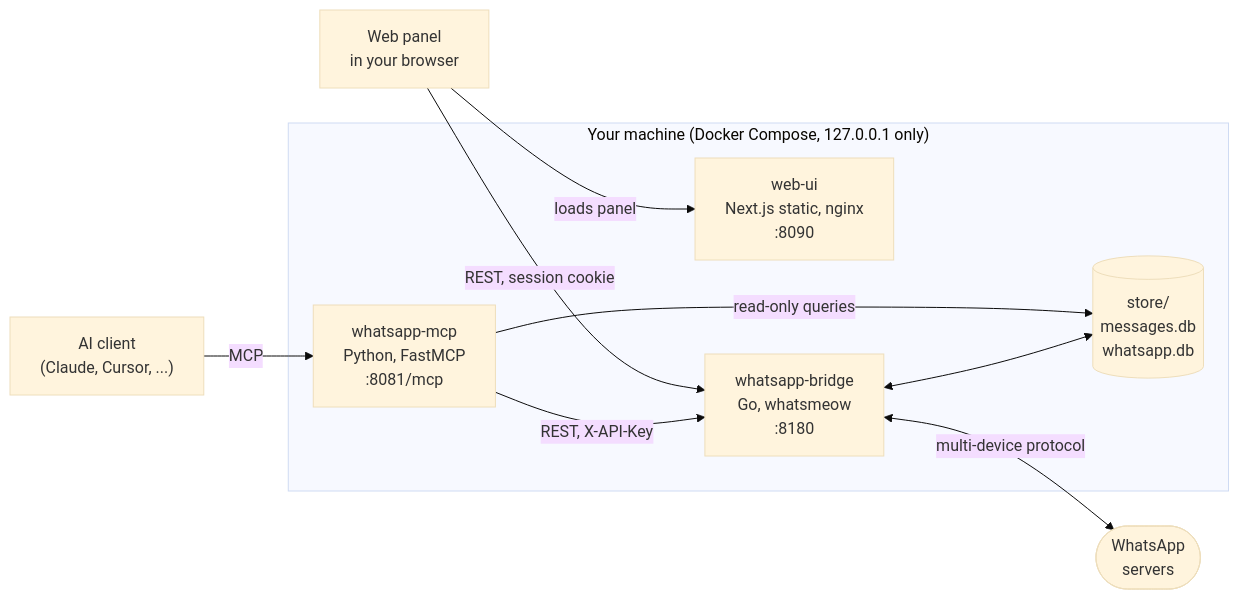
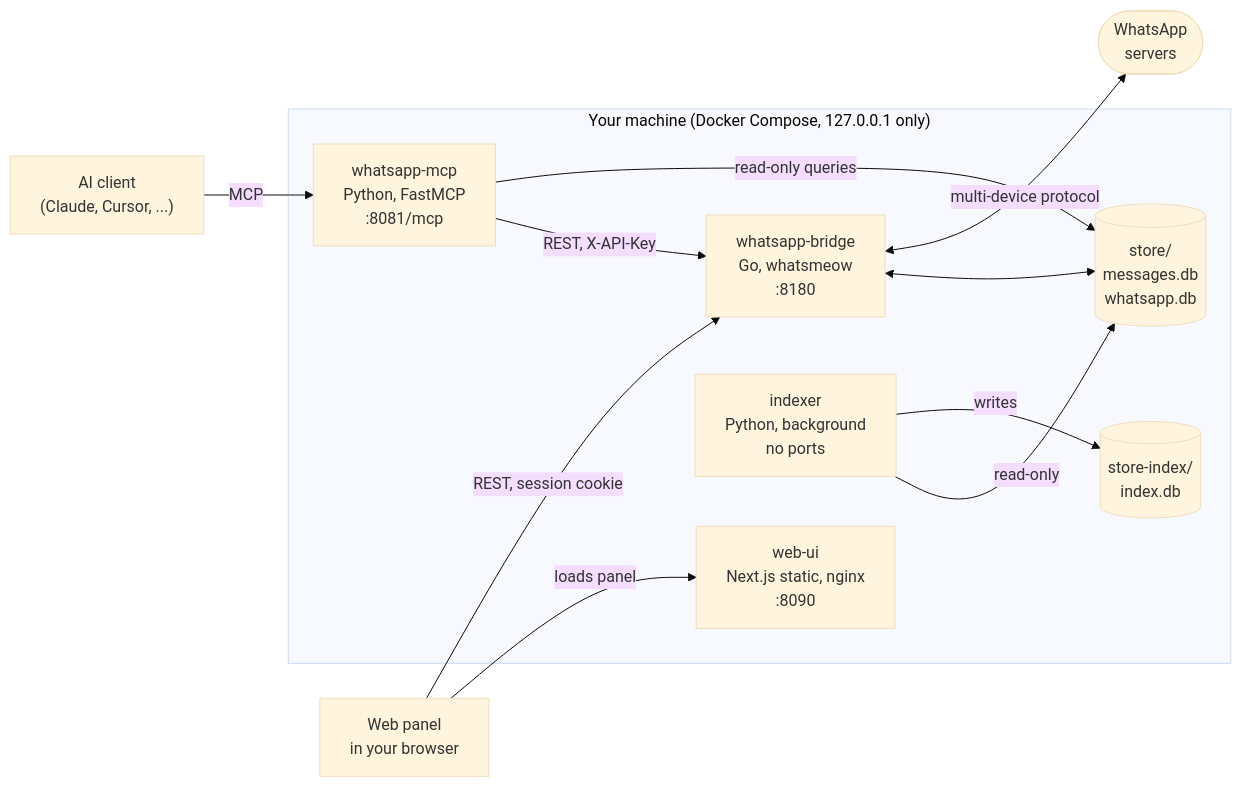
Before and after one commit to matheuspina/whatsapp-mcp: the diagram in README.md, drawn with Mermaid (base theme). The commit also changed other lines of this file and 22 other files, not shown here.

First line of the commit message:
feat(search): add local search indexer (phase 1: keyword index)

````diff
--- a/README.md
+++ b/README.md
@@ -112,22 +113,26 @@
 ```mermaid
 flowchart LR
     Client["AI client<br/>(Claude, Cursor, ...)"]
     Browser["Web panel<br/>in your browser"]
 
     subgraph Host["Your machine (Docker Compose, 127.0.0.1 only)"]
         MCP["whatsapp-mcp<br/>Python, FastMCP<br/>:8081/mcp"]
         UI["web-ui<br/>Next.js static, nginx<br/>:8090"]
         Bridge["whatsapp-bridge<br/>Go, whatsmeow<br/>:8180"]
+        Indexer["indexer<br/>Python, background<br/>no ports"]
         Store[("store/<br/>messages.db<br/>whatsapp.db")]
+        IndexDB[("store-index/<br/>index.db")]
     end
 
     WA(["WhatsApp<br/>servers"])
 
     Client -- "MCP" --> MCP
     Browser -- "loads panel" --> UI
     Browser -- "REST, session cookie" --> Bridge
     MCP -- "REST, X-API-Key" --> Bridge
     MCP -- "read-only queries" --> Store
     Bridge <--> Store
     Bridge <-- "multi-device protocol" --> WA
+    Indexer -- "read-only" --> Store
+    Indexer -- "writes" --> IndexDB
 ```
````
